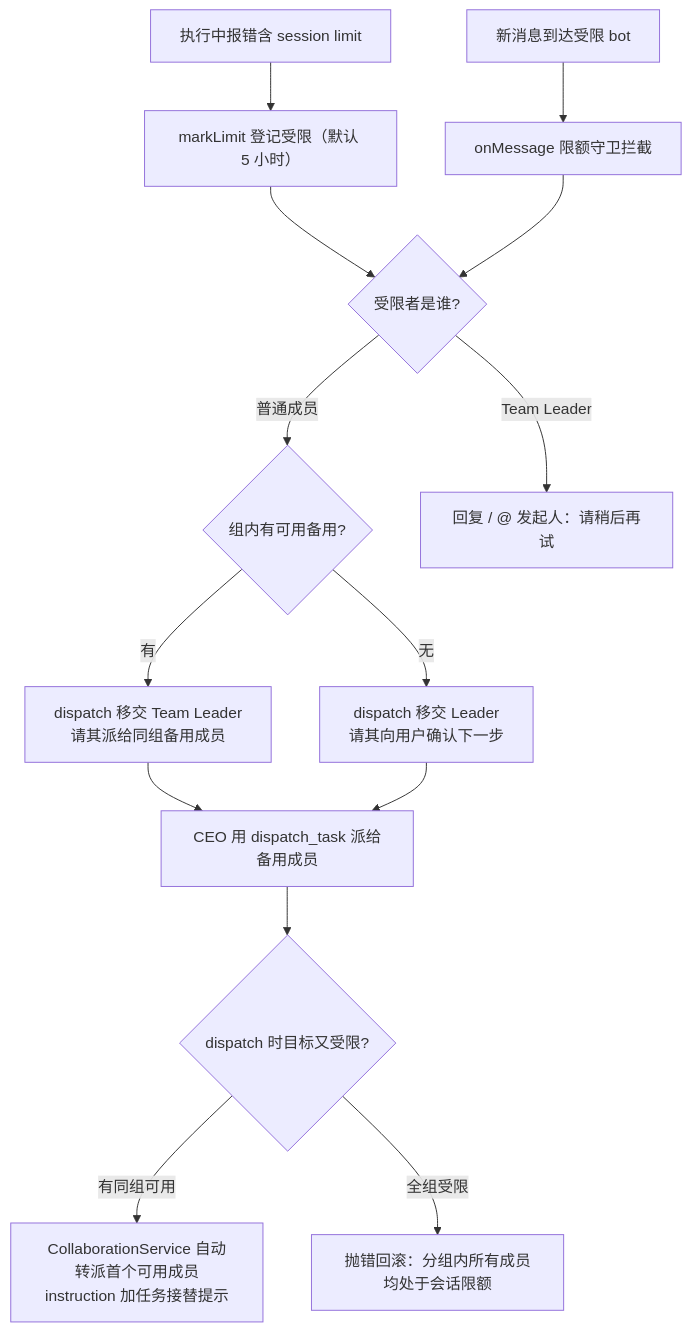
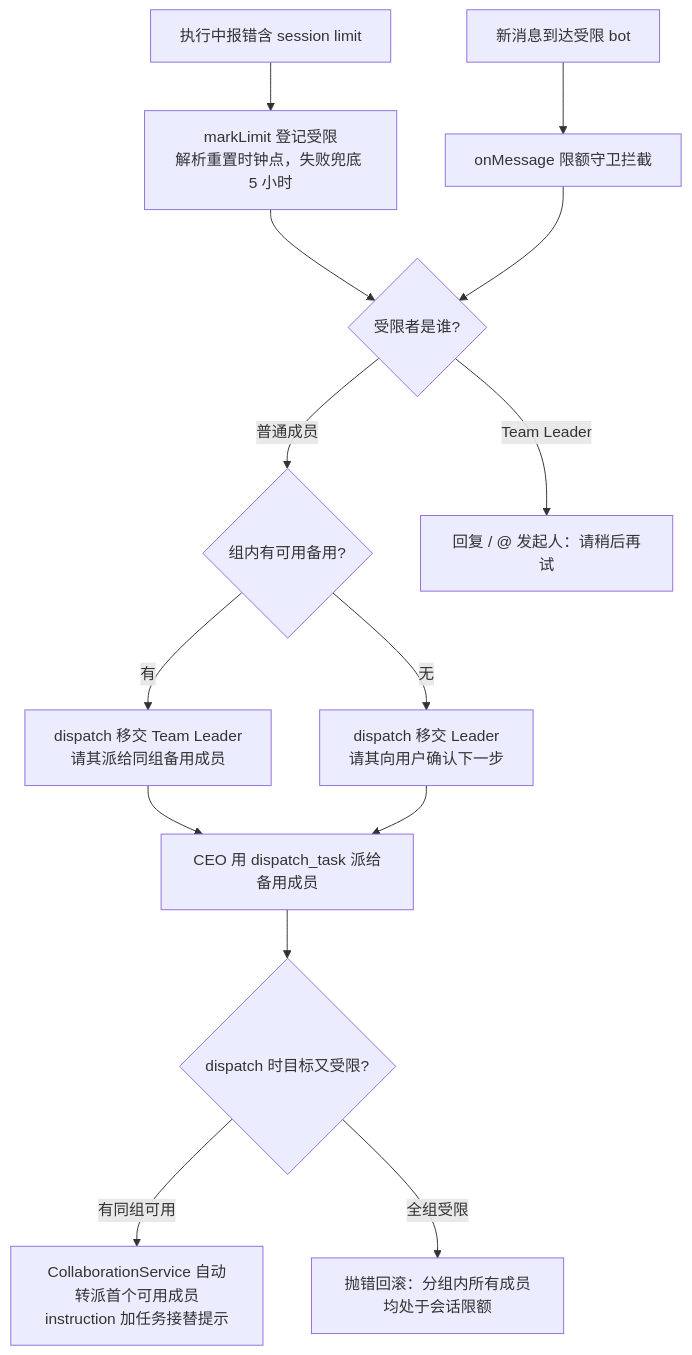
One commit to CerrorJ/Agent-Team changed the second of 2 diagrams in openwiki/domain/collaboration.md. Above: the diagram before and after it, drawn with Mermaid. The commit also changed other lines of this file and 6 other files, not shown here.

````diff
--- a/openwiki/domain/collaboration.md
+++ b/openwiki/domain/collaboration.md
@@ -108,16 +116,16 @@
 ```mermaid
 flowchart TD
-    ERR["执行中报错含 session limit"] --> MARK["markLimit 登记受限（默认 5 小时）"]
+    ERR["执行中报错含 session limit"] --> MARK["markLimit 登记受限<br/>解析重置时钟点，失败兜底 5 小时"]
     INCOMING["新消息到达受限 bot"] --> GUARD["onMessage 限额守卫拦截"]
     MARK --> WHO{"受限者是谁?"}
     GUARD --> WHO
     WHO -->|"普通成员"| HAS{"组内有可用备用?"}
     HAS -->|"有"| DISPATCH["dispatch 移交 Team Leader<br/>请其派给同组备用成员"]
     HAS -->|"无"| REPORT["dispatch 移交 Leader<br/>请其向用户确认下一步"]
     WHO -->|"Team Leader"| DECLINE["回复 / @ 发起人：请稍后再试"]
     DISPATCH --> CEO["CEO 用 dispatch_task 派给备用成员"]
     REPORT --> CEO
     CEO --> SWAP{"dispatch 时目标又受限?"}
     SWAP -->|有同组可用| AUTO["CollaborationService 自动转派首个可用成员<br/>instruction 加任务接替提示"]
     SWAP -->|全组受限| THROW["抛错回滚：分组内所有成员均处于会话限额"]
 ```
````
